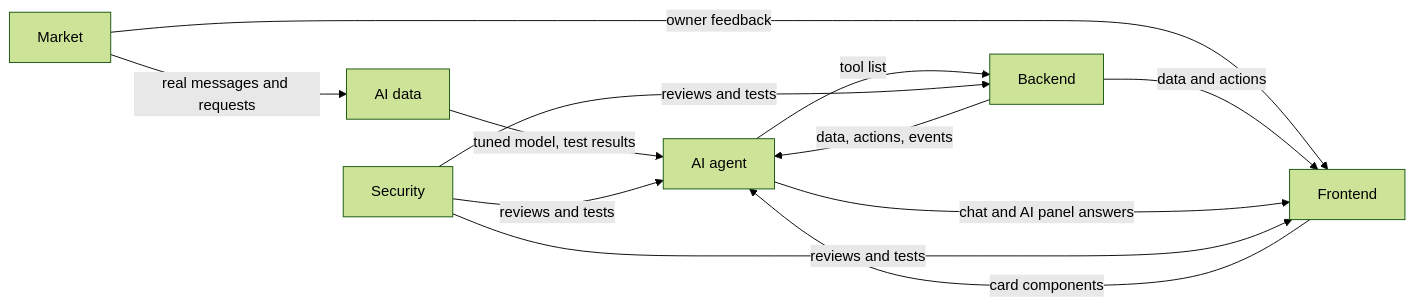
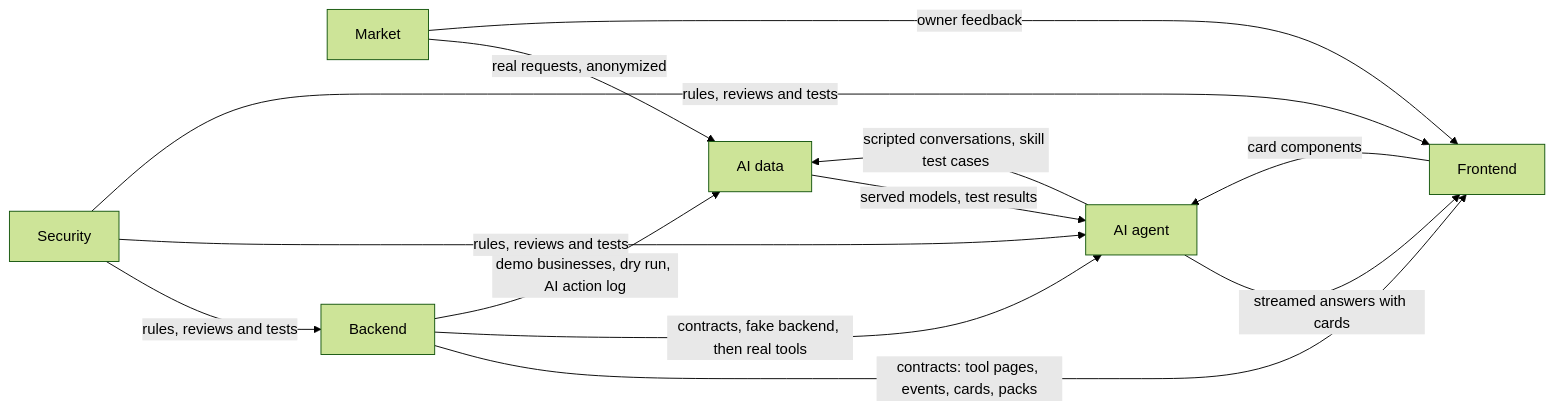
The diagram in plan-first-semester.md (puagraduationproject/graduationproject), drawn with Mermaid (forest theme) before and after one commit. The commit also changed other lines of this file and 1 other file, not shown here.

````diff
--- a/plan-first-semester.md
+++ b/plan-first-semester.md
@@ -108,14 +208,15 @@
 ```mermaid
 flowchart LR
-    Market -->|"real messages and requests"| AIData[AI data]
+    Market -->|"real requests, anonymized"| AIData[AI data]
     Market -->|"owner feedback"| Frontend
-    AIData -->|"tuned model, test results"| AIAgent[AI agent]
-    AIAgent -->|"tool list"| Backend
-    Backend -->|"data, actions, events"| AIAgent
-    Backend -->|"data and actions"| Frontend
+    Backend -->|"contracts: tool pages, events, cards, packs"| Frontend
+    Backend -->|"contracts, fake backend, then real tools"| AIAgent[AI agent]
+    Backend -->|"demo businesses, dry run, AI action log"| AIData
+    AIData -->|"served models, test results"| AIAgent
+    AIAgent -->|"scripted conversations, skill test cases"| AIData
+    AIAgent -->|"streamed answers with cards"| Frontend
     Frontend -->|"card components"| AIAgent
-    AIAgent -->|"chat and AI panel answers"| Frontend
-    Security -->|"reviews and tests"| Backend
-    Security -->|"reviews and tests"| AIAgent
-    Security -->|"reviews and tests"| Frontend
+    Security -->|"rules, reviews and tests"| Backend
+    Security -->|"rules, reviews and tests"| AIAgent
+    Security -->|"rules, reviews and tests"| Frontend
 ```
````
